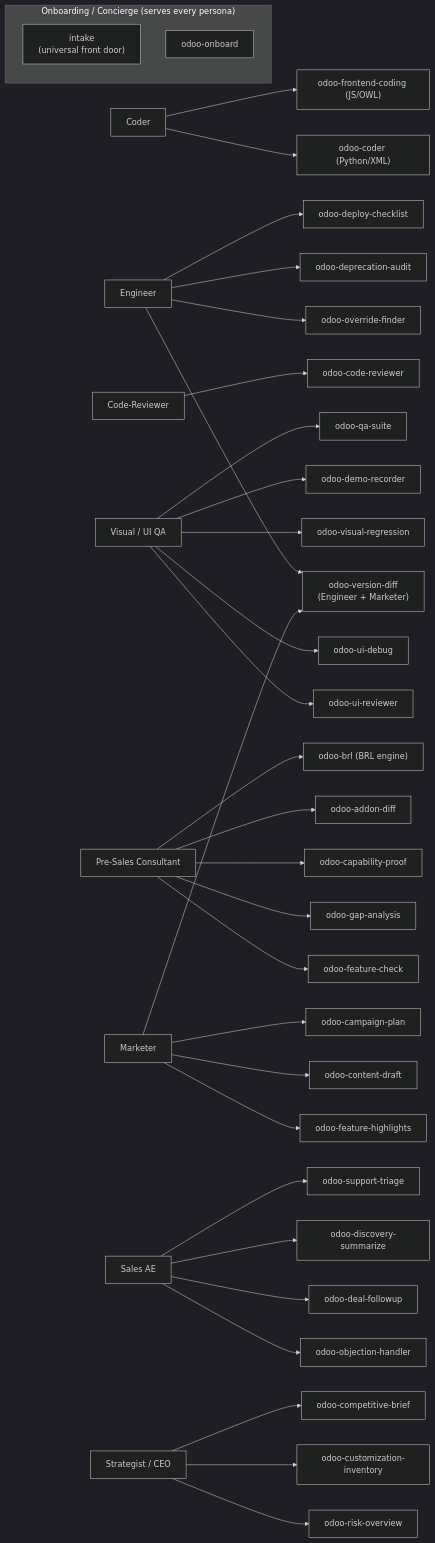
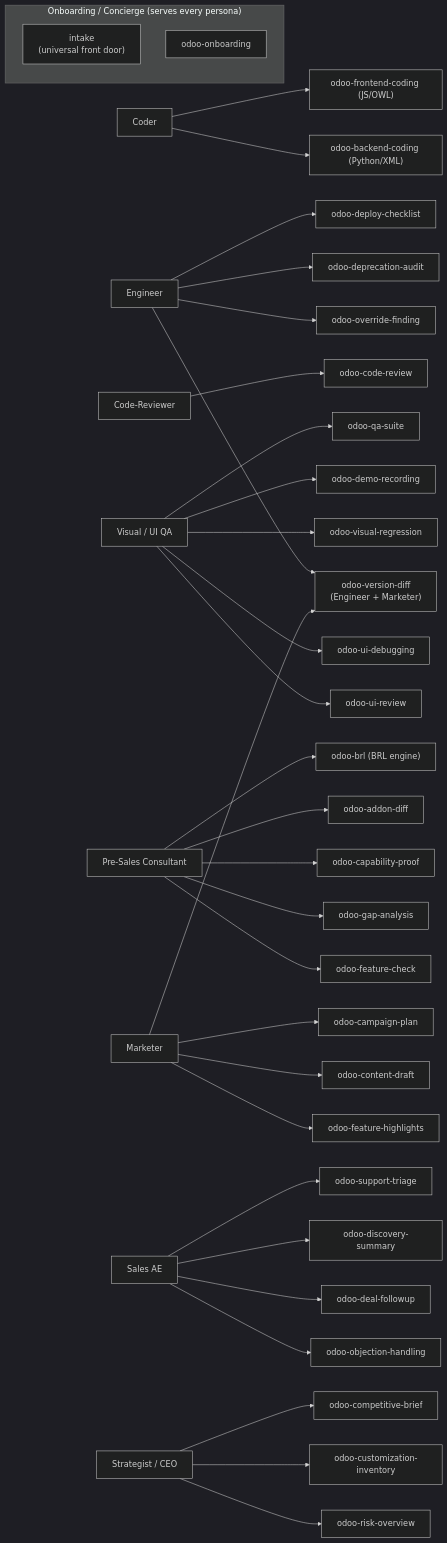
Before and after one commit to Viindoo/odoo-mcp-client: the second of 5 diagrams in README.md, drawn with Mermaid (dark theme). The commit also changed other lines of this file and 110 other files, not shown here.

````diff
--- a/README.md
+++ b/README.md
@@ -72,45 +72,45 @@
 ```mermaid
 flowchart LR
     subgraph concierge["Onboarding / Concierge (serves every persona)"]
         intake_skill["intake<br/>(universal front door)"]
-        onboard["odoo-onboard"]
+        onboard["odoo-onboarding"]
     end
 
-    eng["Engineer"] --> override["odoo-override-finder"]
+    eng["Engineer"] --> override["odoo-override-finding"]
     eng --> deprecation["odoo-deprecation-audit"]
     eng --> deploy["odoo-deploy-checklist"]
 
-    coder["Coder"] --> coderpy["odoo-coder (Python/XML)"]
+    coder["Coder"] --> coderpy["odoo-backend-coding (Python/XML)"]
     coder --> coderfe["odoo-frontend-coding (JS/OWL)"]
 
-    rev["Code-Reviewer"] --> reviewer["odoo-code-reviewer"]
+    rev["Code-Reviewer"] --> reviewer["odoo-code-review"]
 
-    qa["Visual / UI QA"] --> uirev["odoo-ui-reviewer"]
-    qa --> uidbg["odoo-ui-debug"]
+    qa["Visual / UI QA"] --> uirev["odoo-ui-review"]
+    qa --> uidbg["odoo-ui-debugging"]
     qa --> visreg["odoo-visual-regression"]
-    qa --> demo["odoo-demo-recorder"]
+    qa --> demo["odoo-demo-recording"]
     qa --> qasuite["odoo-qa-suite"]
 
     presales["Pre-Sales Consultant"] --> featchk["odoo-feature-check"]
     presales --> gap["odoo-gap-analysis"]
     presales --> cap["odoo-capability-proof"]
     presales --> addon["odoo-addon-diff"]
     presales --> brl["odoo-brl (BRL engine)"]
 
-    sales["Sales AE"] --> obj["odoo-objection-handler"]
+    sales["Sales AE"] --> obj["odoo-objection-handling"]
     sales --> followup["odoo-deal-followup"]
-    sales --> disc["odoo-discovery-summarize"]
+    sales --> disc["odoo-discovery-summary"]
     sales --> support["odoo-support-triage"]
 
     mkt["Marketer"] --> highlights["odoo-feature-highlights"]
     mkt --> content["odoo-content-draft"]
     mkt --> campaign["odoo-campaign-plan"]
 
     strat["Strategist / CEO"] --> risk["odoo-risk-overview"]
     strat --> inv["odoo-customization-inventory"]
     strat --> comp["odoo-competitive-brief"]
 
     vdiff["odoo-version-diff<br/>(Engineer + Marketer)"]
     eng --> vdiff
     mkt --> vdiff
 ```
````
